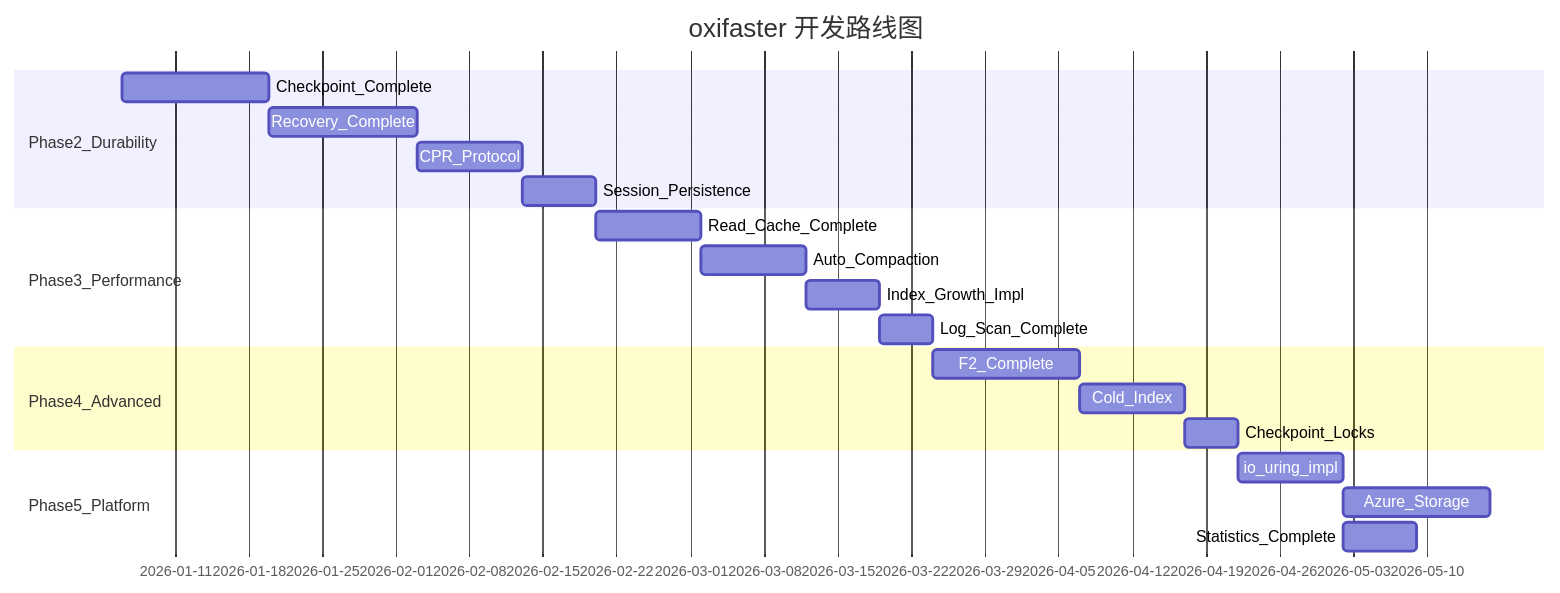
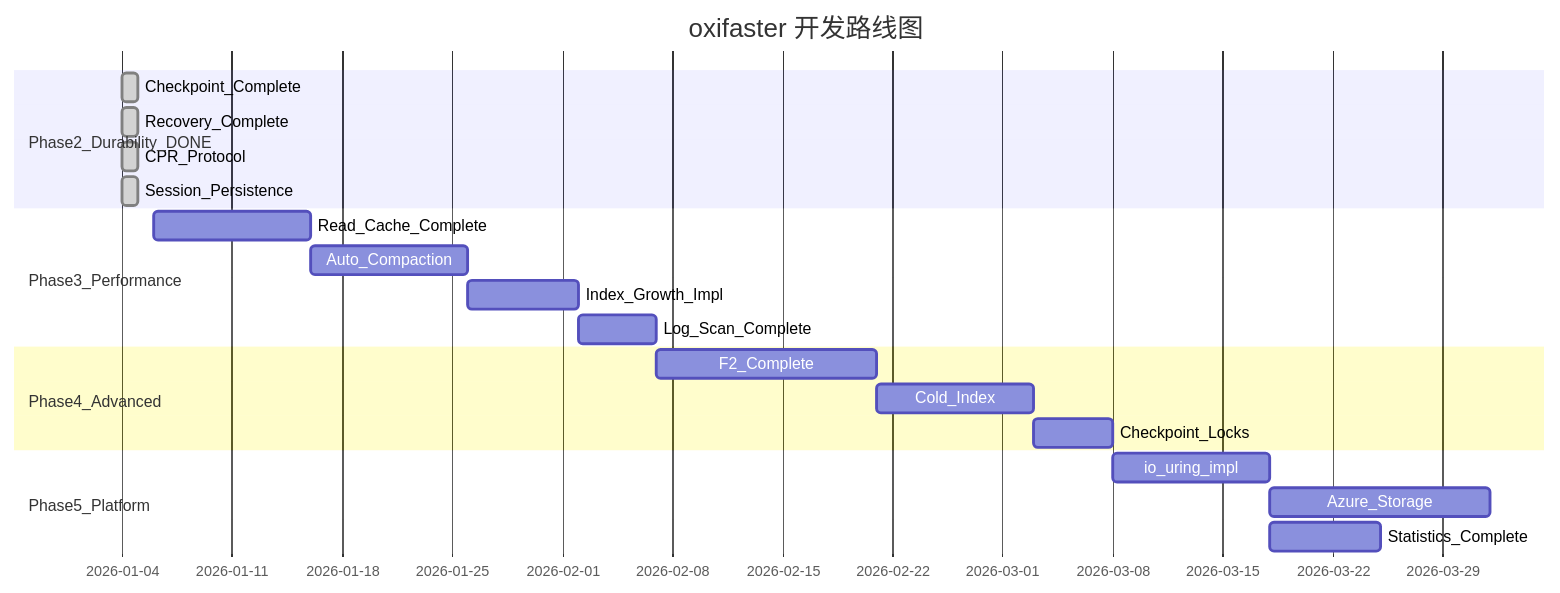
One commit to wayslog/oxifaster changed the diagram in README.md. Above: the diagram before and after it, drawn with Mermaid. The commit also changed other lines of this file and 14 other files, not shown here.

Commit message:
修复 checkpoint 失败时 CPR 版本回滚

````diff
--- a/README.md
+++ b/README.md
@@ -215,23 +215,23 @@
 ```mermaid
 gantt
     title oxifaster 开发路线图
     dateFormat YYYY-MM-DD
-    section Phase2_Durability
-        Checkpoint_Complete    :p2a, 2026-01-06, 14d
-        Recovery_Complete      :p2b, after p2a, 14d
-        CPR_Protocol           :p2c, after p2b, 10d
-        Session_Persistence    :p2d, after p2c, 7d
+    section Phase2_Durability_DONE
+        Checkpoint_Complete    :done, p2a, 2026-01-04, 1d
+        Recovery_Complete      :done, p2b, 2026-01-04, 1d
+        CPR_Protocol           :done, p2c, 2026-01-04, 1d
+        Session_Persistence    :done, p2d, 2026-01-04, 1d
     section Phase3_Performance
-        Read_Cache_Complete    :p3a, after p2d, 10d
+        Read_Cache_Complete    :p3a, 2026-01-06, 10d
         Auto_Compaction        :p3b, after p3a, 10d
         Index_Growth_Impl      :p3c, after p3b, 7d
         Log_Scan_Complete      :p3d, after p3c, 5d
     section Phase4_Advanced
         F2_Complete            :p4a, after p3d, 14d
         Cold_Index             :p4b, after p4a, 10d
         Checkpoint_Locks       :p4c, after p4b, 5d
     section Phase5_Platform
         io_uring_impl          :p5a, after p4c, 10d
         Azure_Storage          :p5b, after p5a, 14d
         Statistics_Complete    :p5c, after p5a, 7d
 ```
````
